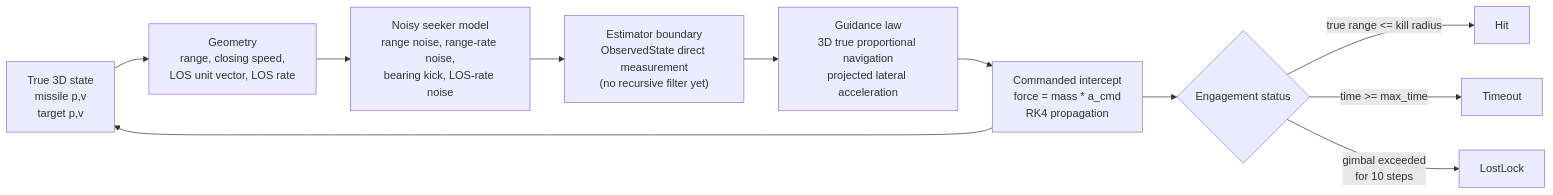
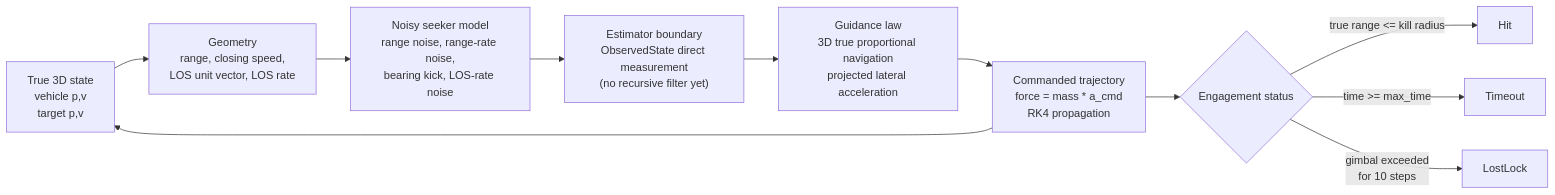
The diagram in README.md (Lucas8448/deadreckon), drawn with Mermaid before and after one commit. The commit also changed other lines of this file and 2 other files, not shown here.

````diff
--- a/README.md
+++ b/README.md
@@ -9,13 +11,13 @@
 ```mermaid
 flowchart LR
-    A["True 3D state<br/>missile p,v<br/>target p,v"] --> B["Geometry<br/>range, closing speed,<br/>LOS unit vector, LOS rate"]
+    A["True 3D state<br/>vehicle p,v<br/>target p,v"] --> B["Geometry<br/>range, closing speed,<br/>LOS unit vector, LOS rate"]
     B --> C["Noisy seeker model<br/>range noise, range-rate noise,<br/>bearing kick, LOS-rate noise"]
     C --> D["Estimator boundary<br/>ObservedState direct measurement<br/>(no recursive filter yet)"]
     D --> E["Guidance law<br/>3D true proportional navigation<br/>projected lateral acceleration"]
-    E --> F["Commanded intercept<br/>force = mass * a_cmd<br/>RK4 propagation"]
+    E --> F["Commanded trajectory<br/>force = mass * a_cmd<br/>RK4 propagation"]
     F --> G{"Engagement status"}
     G -->|"true range <= kill radius"| H["Hit"]
     G -->|"time >= max_time"| I["Timeout"]
     G -->|"gimbal exceeded<br/>for 10 steps"| J["LostLock"]
     F --> A
 ```
````
